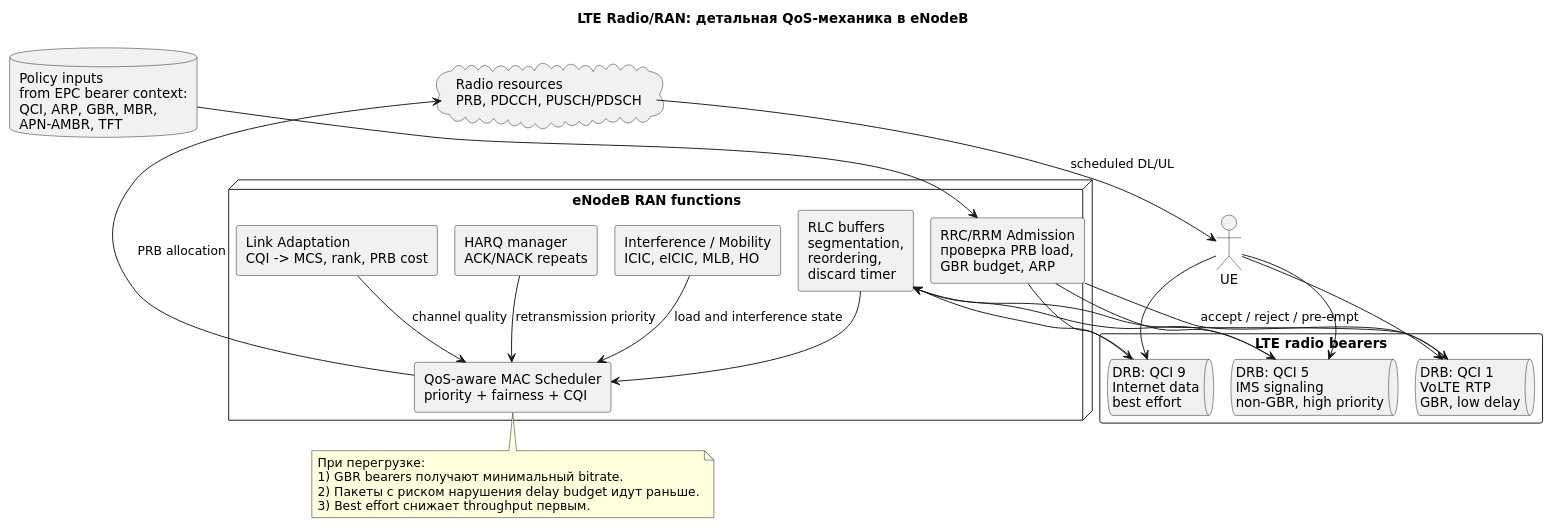
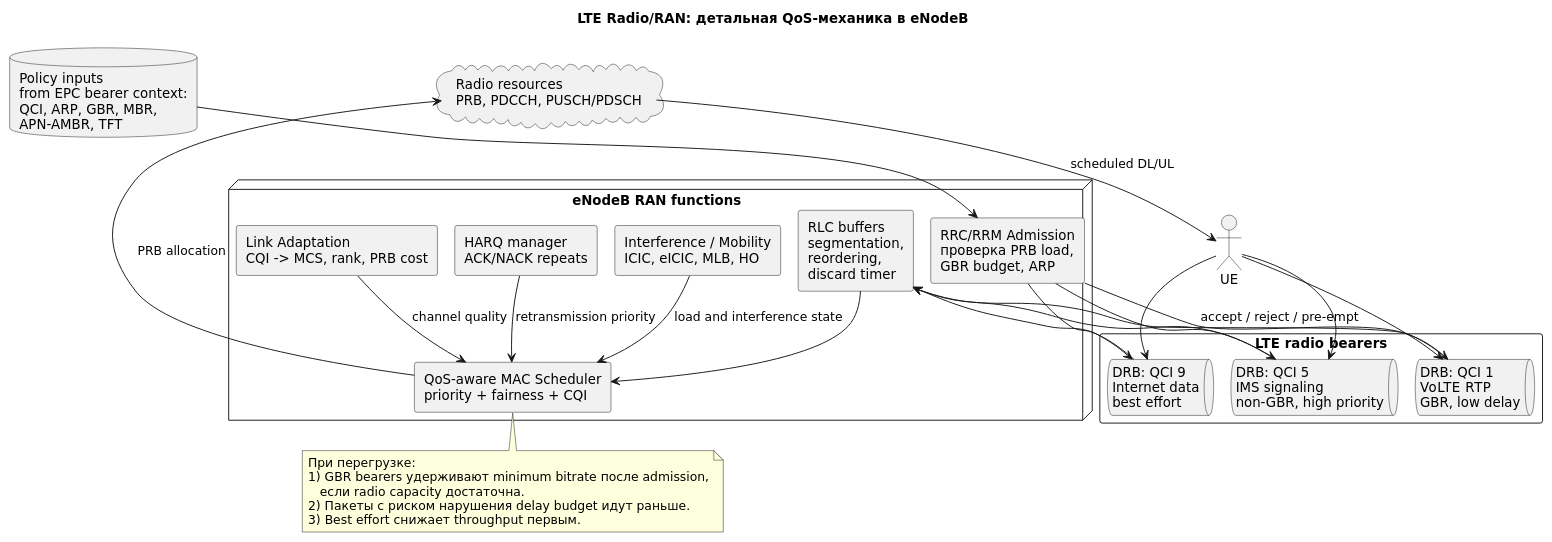
One commit to jvbistrue-art/Analitics changed the diagram in docs/mobile-network-qos/diagrams/src/lte-radio-private.puml. Above: the diagram before and after it, drawn with PlantUML. The commit also changed 24 other files, not shown here.

```diff
--- a/docs/mobile-network-qos/diagrams/src/lte-radio-private.puml
+++ b/docs/mobile-network-qos/diagrams/src/lte-radio-private.puml
@@ -1,48 +1,49 @@
 @startuml lte-radio-private
 !pragma layout smetana
 skinparam componentStyle rectangle
 skinparam shadowing false
 skinparam defaultFontName DejaVu Sans
 title LTE Radio/RAN: детальная QoS-механика в eNodeB
 
 actor "UE" as UE
 rectangle "LTE radio bearers" as RB {
   queue "DRB: QCI 1\nVoLTE RTP\nGBR, low delay" as QCI1
   queue "DRB: QCI 5\nIMS signaling\nnon-GBR, high priority" as QCI5
   queue "DRB: QCI 9\nInternet data\nbest effort" as QCI9
 }
 node "eNodeB RAN functions" as ENB {
   rectangle "RRC/RRM Admission\nпроверка PRB load,\nGBR budget, ARP" as ADM
   rectangle "RLC buffers\nsegmentation,\nreordering,\ndiscard timer" as RLC
   rectangle "QoS-aware MAC Scheduler\npriority + fairness + CQI" as SCH
   rectangle "HARQ manager\nACK/NACK repeats" as HARQ
   rectangle "Link Adaptation\nCQI -> MCS, rank, PRB cost" as LA
   rectangle "Interference / Mobility\nICIC, eICIC, MLB, HO" as RRM
 }
 database "Policy inputs\nfrom EPC bearer context:\nQCI, ARP, GBR, MBR,\nAPN-AMBR, TFT" as POL
 cloud "Radio resources\nPRB, PDCCH, PUSCH/PDSCH" as AIR
 
 UE --> QCI1
 UE --> QCI5
 UE --> QCI9
 POL --> ADM
 ADM --> QCI1 : accept / reject / pre-empt
 ADM --> QCI5
 ADM --> QCI9
 QCI1 --> RLC
 QCI5 --> RLC
 QCI9 --> RLC
 RLC --> SCH
 LA --> SCH : channel quality
 HARQ --> SCH : retransmission priority
 SCH --> AIR : PRB allocation
 AIR --> UE : scheduled DL/UL
 RRM --> SCH : load and interference state
 
 note bottom of SCH
 При перегрузке:
-1) GBR bearers получают минимальный bitrate.
+1) GBR bearers удерживают minimum bitrate после admission,
+   если radio capacity достаточна.
 2) Пакеты с риском нарушения delay budget идут раньше.
 3) Best effort снижает throughput первым.
 end note
 @enduml
```
